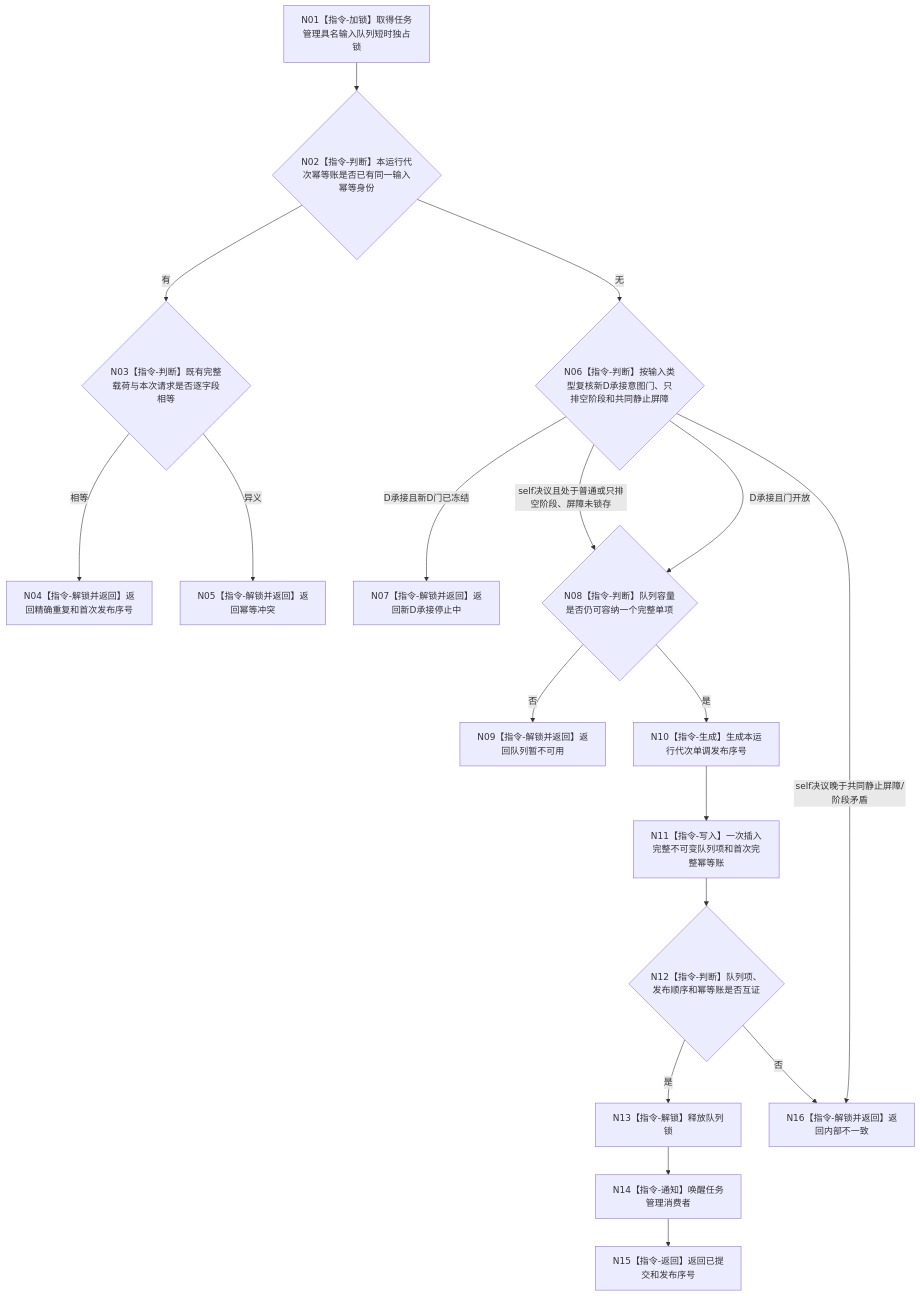
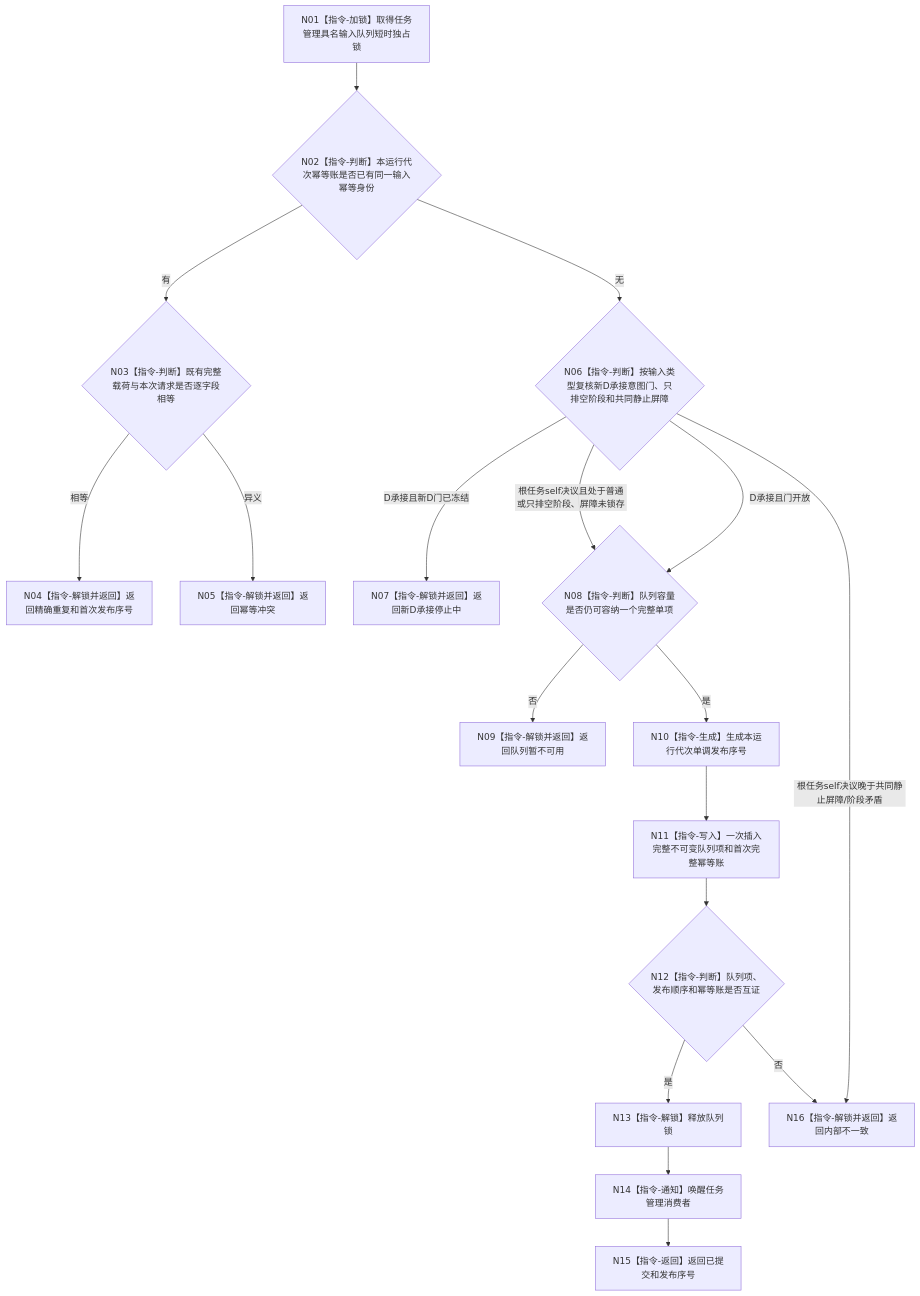
One commit to chunhaizh-cyber/HY-Ego changed the diagram in 流程图/目标业务流程图/L3/BIZ-L3-002-08-02_原子提交一个已复核任务管理具名输入_目标函数流程图_v0.2.md. Above: the diagram before and after it, drawn with Mermaid. The commit also changed other lines of this file and 8 other files, not shown here.

````diff
--- a/流程图/目标业务流程图/L3/BIZ-L3-002-08-02_原子提交一个已复核任务管理具名输入_目标函数流程图_v0.2.md
+++ b/流程图/目标业务流程图/L3/BIZ-L3-002-08-02_原子提交一个已复核任务管理具名输入_目标函数流程图_v0.2.md
@@ -33,33 +33,33 @@
 ```mermaid
 flowchart TD
     N01["N01【指令-加锁】取得任务管理具名输入队列短时独占锁"]
     N02{"N02【指令-判断】本运行代次幂等账是否已有同一输入幂等身份"}
     N03{"N03【指令-判断】既有完整载荷与本次请求是否逐字段相等"}
     N04["N04【指令-解锁并返回】返回精确重复和首次发布序号"]
     N05["N05【指令-解锁并返回】返回幂等冲突"]
     N06{"N06【指令-判断】按输入类型复核新D承接意图门、只排空阶段和共同静止屏障"}
     N07["N07【指令-解锁并返回】返回新D承接停止中"]
     N08{"N08【指令-判断】队列容量是否仍可容纳一个完整单项"}
     N09["N09【指令-解锁并返回】返回队列暂不可用"]
     N10["N10【指令-生成】生成本运行代次单调发布序号"]
     N11["N11【指令-写入】一次插入完整不可变队列项和首次完整幂等账"]
     N12{"N12【指令-判断】队列项、发布顺序和幂等账是否互证"}
     N13["N13【指令-解锁】释放队列锁"]
     N14["N14【指令-通知】唤醒任务管理消费者"]
     N15["N15【指令-返回】返回已提交和发布序号"]
     N16["N16【指令-解锁并返回】返回内部不一致"]
 
     N01 --> N02
     N02 -->|有| N03
     N03 -->|相等| N04
     N03 -->|异义| N05
     N02 -->|无| N06
     N06 -->|D承接且新D门已冻结| N07
     N06 -->|D承接且门开放| N08
-    N06 -->|self决议且处于普通或只排空阶段、屏障未锁存| N08
-    N06 -->|self决议晚于共同静止屏障/阶段矛盾| N16
+    N06 -->|根任务self决议且处于普通或只排空阶段、屏障未锁存| N08
+    N06 -->|根任务self决议晚于共同静止屏障/阶段矛盾| N16
     N08 -->|否| N09
     N08 -->|是| N10 --> N11 --> N12
     N12 -->|否| N16
     N12 -->|是| N13 --> N14 --> N15
 ```
````
